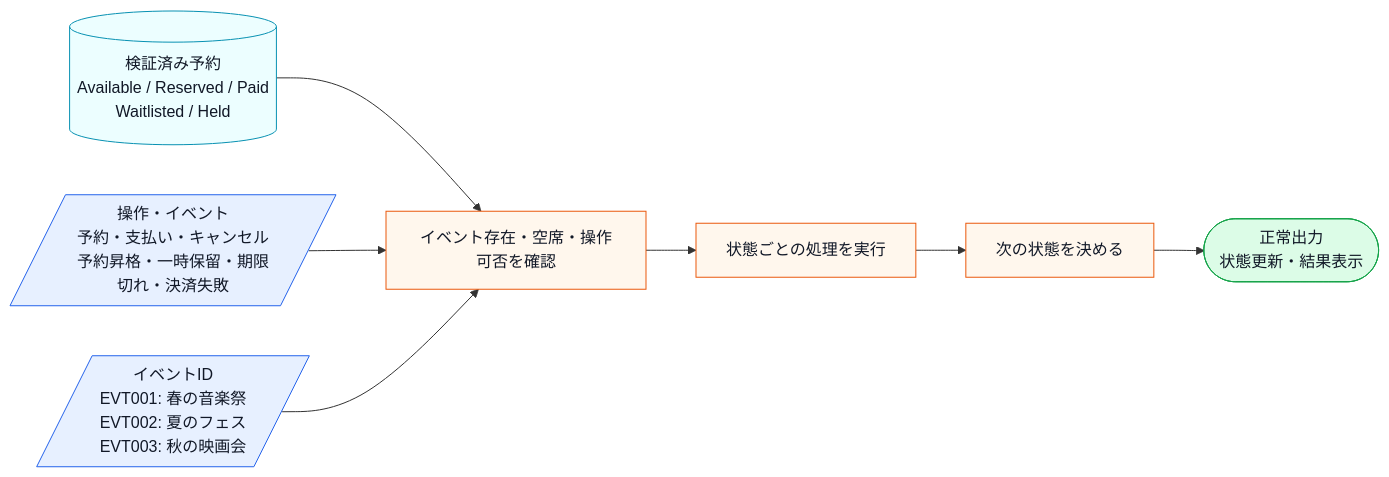
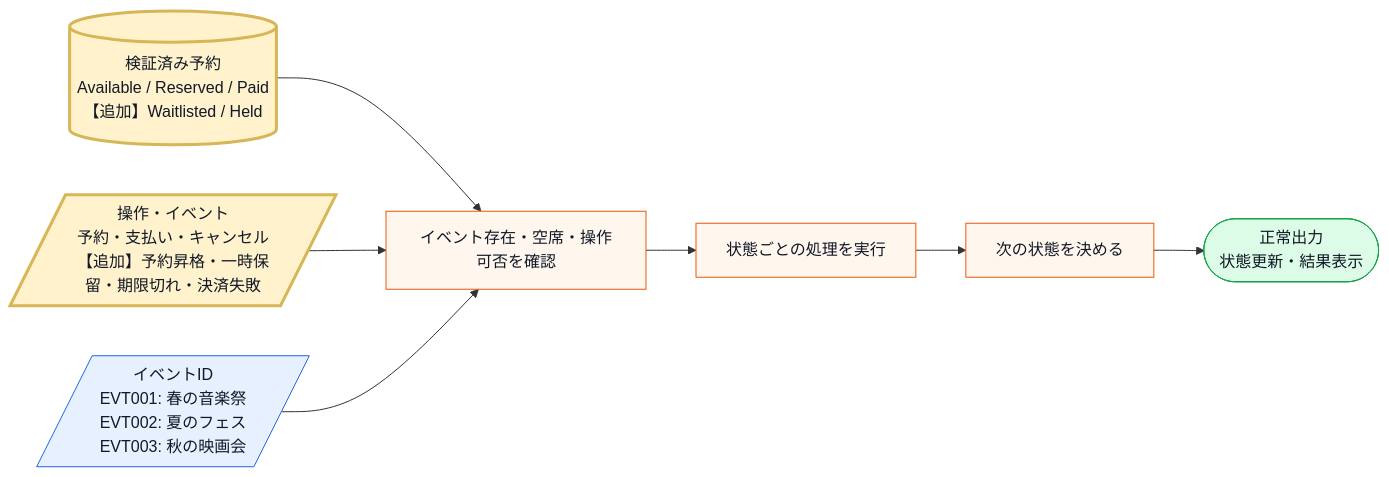
One commit to kumachan1101-pixel/DesignPattern changed the eighth of 23 diagrams in kindle/design-patterns/output/chapter03.md. Above: the diagram before and after it, drawn with Mermaid. The commit also changed other lines of this file and 23 other files, not shown here.

````diff
--- a/kindle/design-patterns/output/chapter03.md
+++ b/kindle/design-patterns/output/chapter03.md
@@ -762,15 +760,17 @@
 ```mermaid
 flowchart LR
-    A[(検証済み予約<br>Available / Reserved / Paid<br>Waitlisted / Held)]:::data --> B[イベント存在・空席・操作可否を確認]:::process
-    C[/操作・イベント<br>予約・支払い・キャンセル<br>予約昇格・一時保留・期限切れ・決済失敗/]:::input --> B
+    A[(検証済み予約<br>Available / Reserved / Paid<br>【追加】Waitlisted / Held)]:::data --> B[イベント存在・空席・操作可否を確認]:::process
+    C[/操作・イベント<br>予約・支払い・キャンセル<br>【追加】予約昇格・一時保留・期限切れ・決済失敗/]:::input --> B
     D[/イベントID<br>EVT001: 春の音楽祭<br>EVT002: 夏のフェス<br>EVT003: 秋の映画会/]:::input --> B
     B --> F[状態ごとの処理を実行]:::process
     F --> G[次の状態を決める]:::process
     G --> H([正常出力<br>状態更新・結果表示]):::normal
 
     classDef data fill:#ecfeff,stroke:#0891b2,color:#111827;
     classDef input fill:#e7f0ff,stroke:#2563eb,color:#111827;
     classDef process fill:#fff7ed,stroke:#ea580c,color:#111827;
     classDef decision fill:#fef9c3,stroke:#ca8a04,color:#111827;
     classDef normal fill:#dcfce7,stroke:#16a34a,color:#111827;
+    classDef changed fill:#fff2cc,stroke:#d6b656,stroke-width:3px,color:#111827;
+    class A,C changed;
 ```
````
